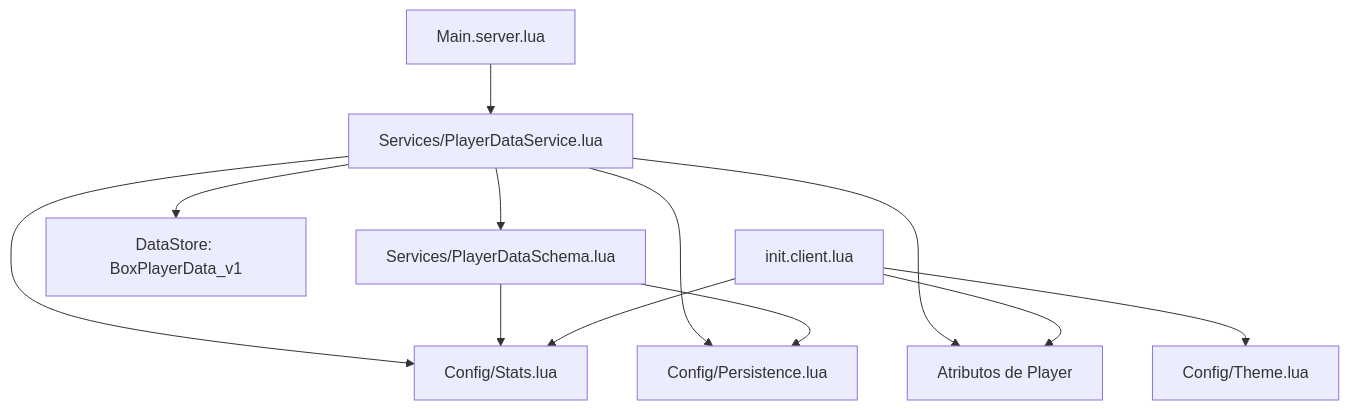
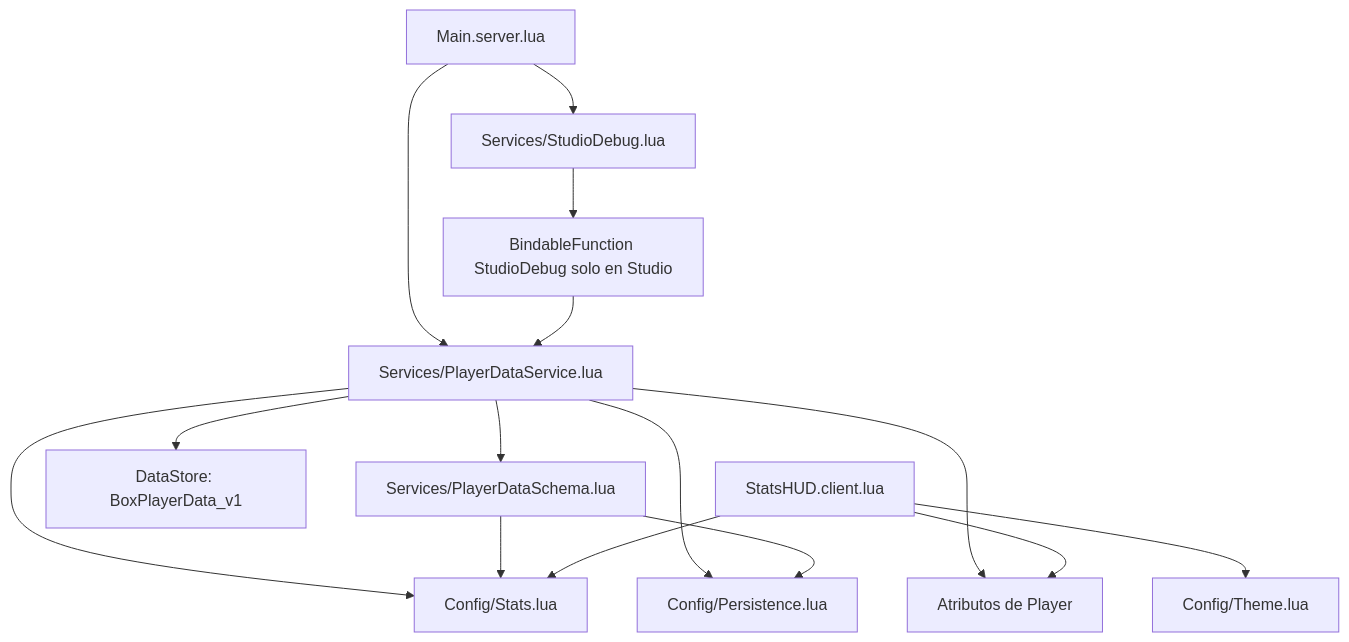
Before and after one commit to carloshdezr/box-game: the diagram in graphify-out/GRAPH_REPORT.md, drawn with Mermaid. The commit also changed other lines of this file and 3 other files, not shown here.

````diff
--- a/graphify-out/GRAPH_REPORT.md
+++ b/graphify-out/GRAPH_REPORT.md
@@ -5,14 +5,17 @@
 ```mermaid
 flowchart TD
   Main[Main.server.lua] --> Service[Services/PlayerDataService.lua]
+  Main --> Debug[Services/StudioDebug.lua]
+  Debug --> Bridge[BindableFunction StudioDebug solo en Studio]
+  Bridge --> Service
   Service --> Schema[Services/PlayerDataSchema.lua]
   Service --> Stats[Config/Stats.lua]
   Service --> Persistence[Config/Persistence.lua]
   Schema --> Stats
   Schema --> Persistence
   Service --> Store[DataStore: BoxPlayerData_v1]
   Service --> Attributes[Atributos de Player]
-  Client[init.client.lua] --> Attributes
+  Client[StatsHUD.client.lua] --> Attributes
   Client --> Stats
   Client --> Theme[Config/Theme.lua]
 ```
````
